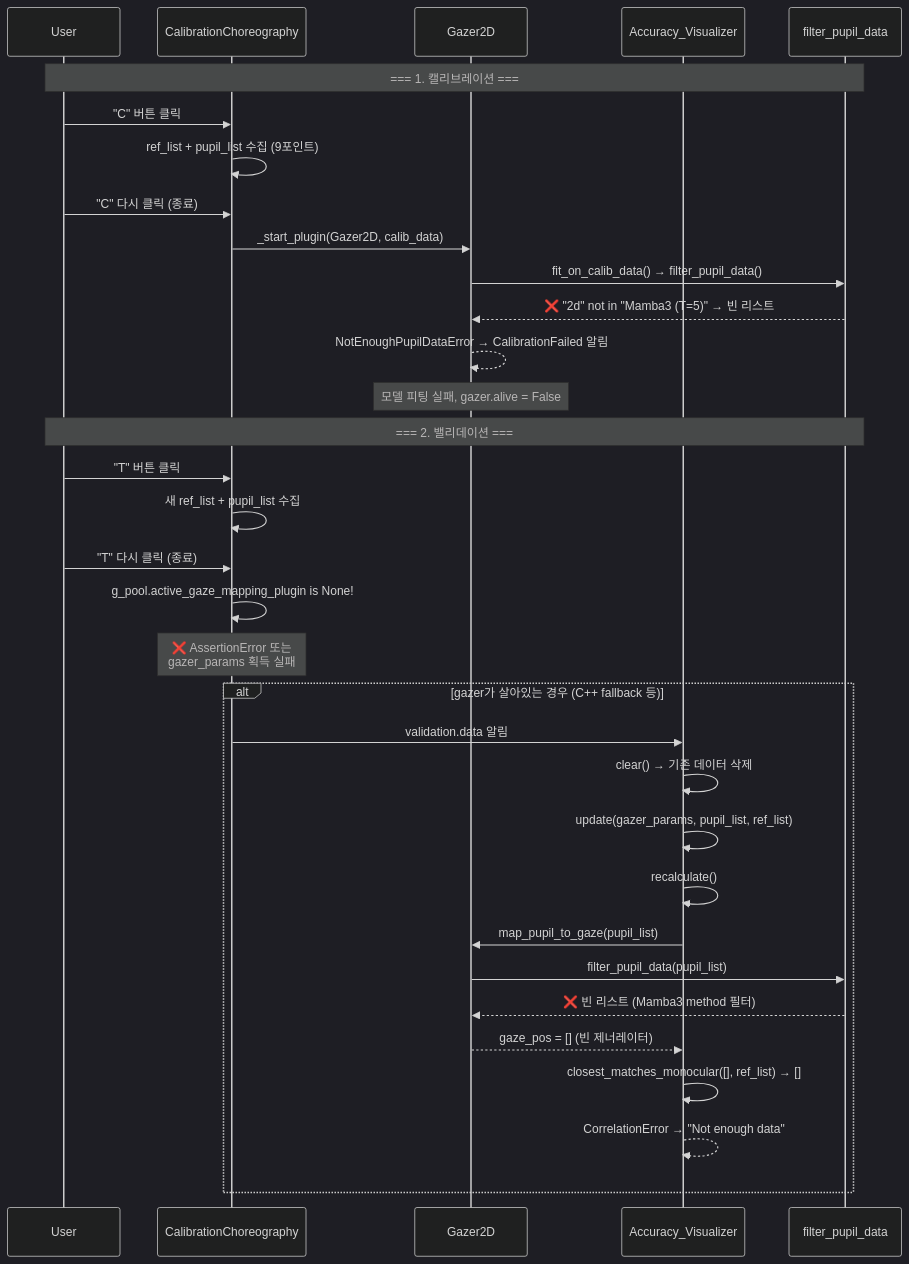
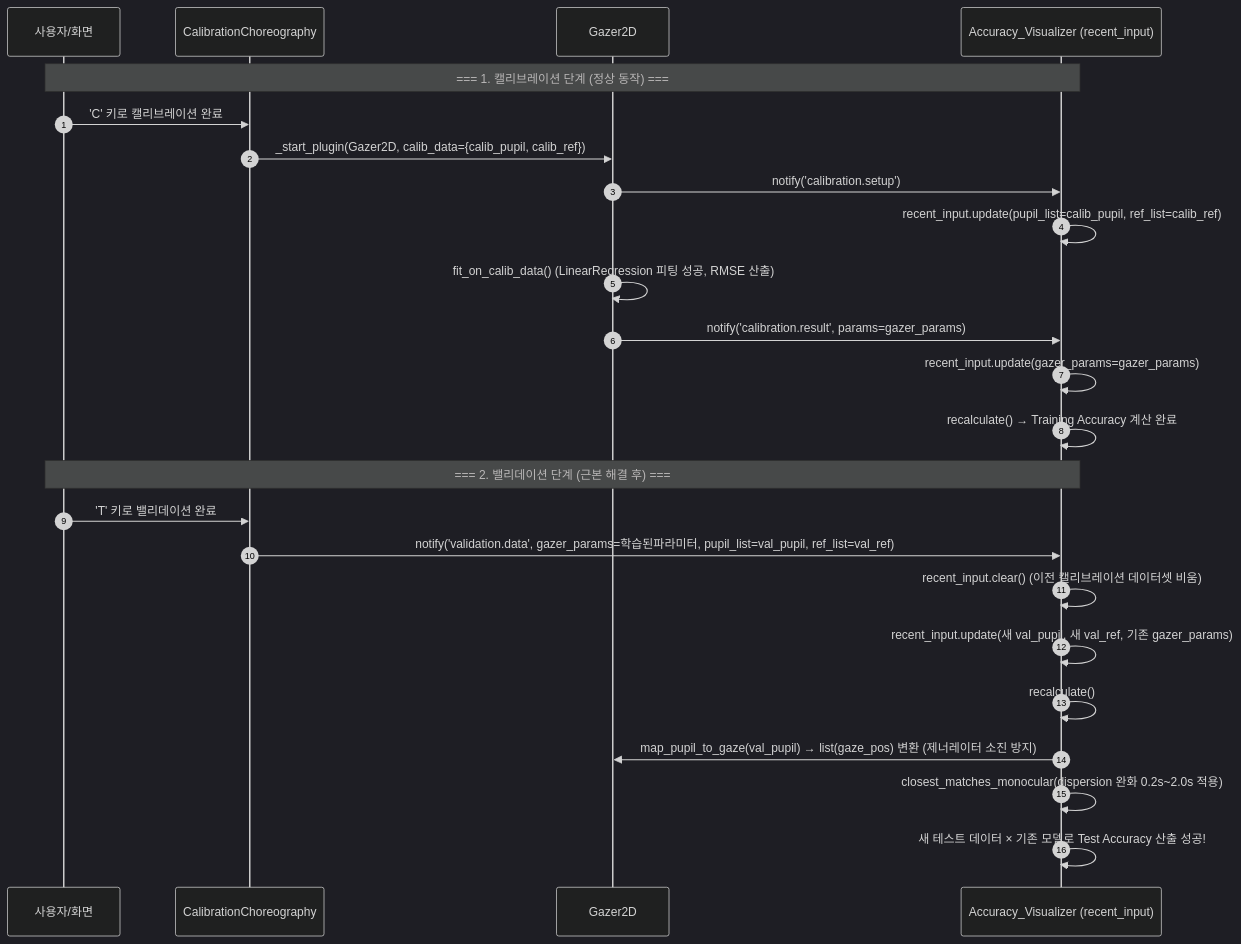
One commit to dutlsl/pupil changed the fourth of 4 diagrams in docs/gaze_accuracy_analysis.md. Above: the diagram before and after it, drawn with Mermaid (dark theme). The commit also changed other lines of this file and 23 other files, not shown here.

Commit message:
feat(experiment,logging): add 4-case full matrix evaluation CSV and enhance calibration/validation reporting

````diff
--- a/docs/gaze_accuracy_analysis.md
+++ b/docs/gaze_accuracy_analysis.md
@@ -290,40 +311,28 @@
 ```mermaid
 sequenceDiagram
-    participant User
+    autonumber
+    participant UI as 사용자/화면
     participant Choreo as CalibrationChoreography
     participant Gazer as Gazer2D
-    participant AccViz as Accuracy_Visualizer
-    participant Filter as filter_pupil_data
+    participant AccViz as Accuracy_Visualizer (recent_input)
 
-    Note over User,Filter: === 1. 캘리브레이션 ===
-    User->>Choreo: "C" 버튼 클릭
-    Choreo->>Choreo: ref_list + pupil_list 수집 (9포인트)
-    User->>Choreo: "C" 다시 클릭 (종료)
-    Choreo->>Gazer: _start_plugin(Gazer2D, calib_data)
+    Note over UI,AccViz: === 1. 캘리브레이션 단계 (정상 동작) ===
+    UI->>Choreo: 'C' 키로 캘리브레이션 완료
+    Choreo->>Gazer: _start_plugin(Gazer2D, calib_data={calib_pupil, calib_ref})
+    Gazer->>AccViz: notify('calibration.setup')
+    AccViz->>AccViz: recent_input.update(pupil_list=calib_pupil, ref_list=calib_ref)
+    Gazer->>Gazer: fit_on_calib_data() (LinearRegression 피팅 성공, RMSE 산출)
+    Gazer->>AccViz: notify('calibration.result', params=gazer_params)
+    AccViz->>AccViz: recent_input.update(gazer_params=gazer_params)
+    AccViz->>AccViz: recalculate() → Training Accuracy 계산 완료
 
-    Gazer->>Filter: fit_on_calib_data() → filter_pupil_data()
-    Filter-->>Gazer: ❌ "2d" not in "Mamba3 (T=5)" → 빈 리스트
-    Gazer-->>Gazer: NotEnoughPupilDataError → CalibrationFailed 알림
-    Note over Gazer: 모델 피팅 실패, gazer.alive = False
-
-    Note over User,Filter: === 2. 밸리데이션 ===
-    User->>Choreo: "T" 버튼 클릭
-    Choreo->>Choreo: 새 ref_list + pupil_list 수집
-    User->>Choreo: "T" 다시 클릭 (종료)
-
-    Choreo->>Choreo: g_pool.active_gaze_mapping_plugin is None!
-    Note over Choreo: ❌ AssertionError 또는<br/>gazer_params 획득 실패
-
-    alt gazer가 살아있는 경우 (C++ fallback 등)
-        Choreo->>AccViz: validation.data 알림
-        AccViz->>AccViz: clear() → 기존 데이터 삭제
-        AccViz->>AccViz: update(gazer_params, pupil_list, ref_list)
-        AccViz->>AccViz: recalculate()
-        AccViz->>Gazer: map_pupil_to_gaze(pupil_list)
-        Gazer->>Filter: filter_pupil_data(pupil_list)
-        Filter-->>Gazer: ❌ 빈 리스트 (Mamba3 method 필터)
-        Gazer-->>AccViz: gaze_pos = [] (빈 제너레이터)
-        AccViz->>AccViz: closest_matches_monocular([], ref_list) → []
-        AccViz-->>AccViz: CorrelationError → "Not enough data"
-    end
+    Note over UI,AccViz: === 2. 밸리데이션 단계 (근본 해결 후) ===
+    UI->>Choreo: 'T' 키로 밸리데이션 완료
+    Choreo->>AccViz: notify('validation.data', gazer_params=학습된파라미터, pupil_list=val_pupil, ref_list=val_ref)
+    AccViz->>AccViz: recent_input.clear() (이전 캘리브레이션 데이터셋 비움)
+    AccViz->>AccViz: recent_input.update(새 val_pupil, 새 val_ref, 기존 gazer_params)
+    AccViz->>AccViz: recalculate()
+    AccViz->>Gazer: map_pupil_to_gaze(val_pupil) → list(gaze_pos) 변환 (제너레이터 소진 방지)
+    AccViz->>AccViz: closest_matches_monocular(dispersion 완화 0.2s~2.0s 적용)
+    AccViz->>AccViz: 새 테스트 데이터 × 기존 모델로 Test Accuracy 산출 성공!
 ```
````
